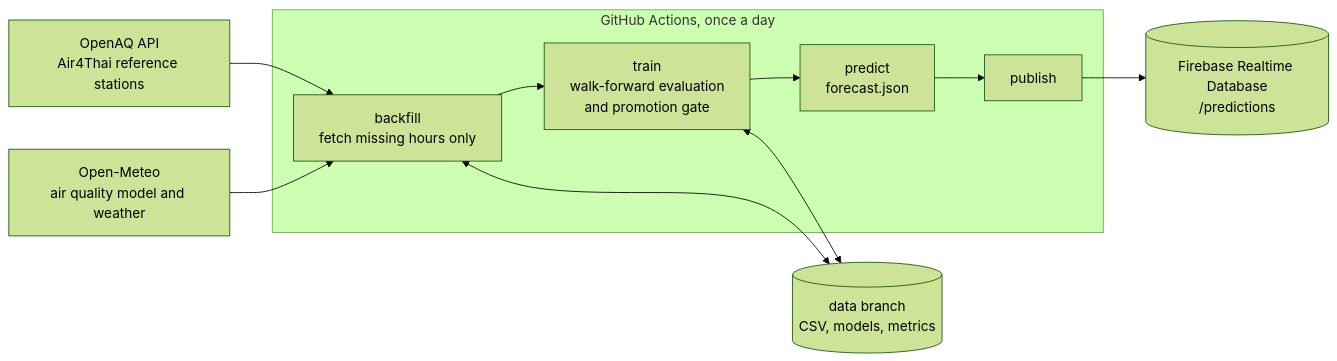
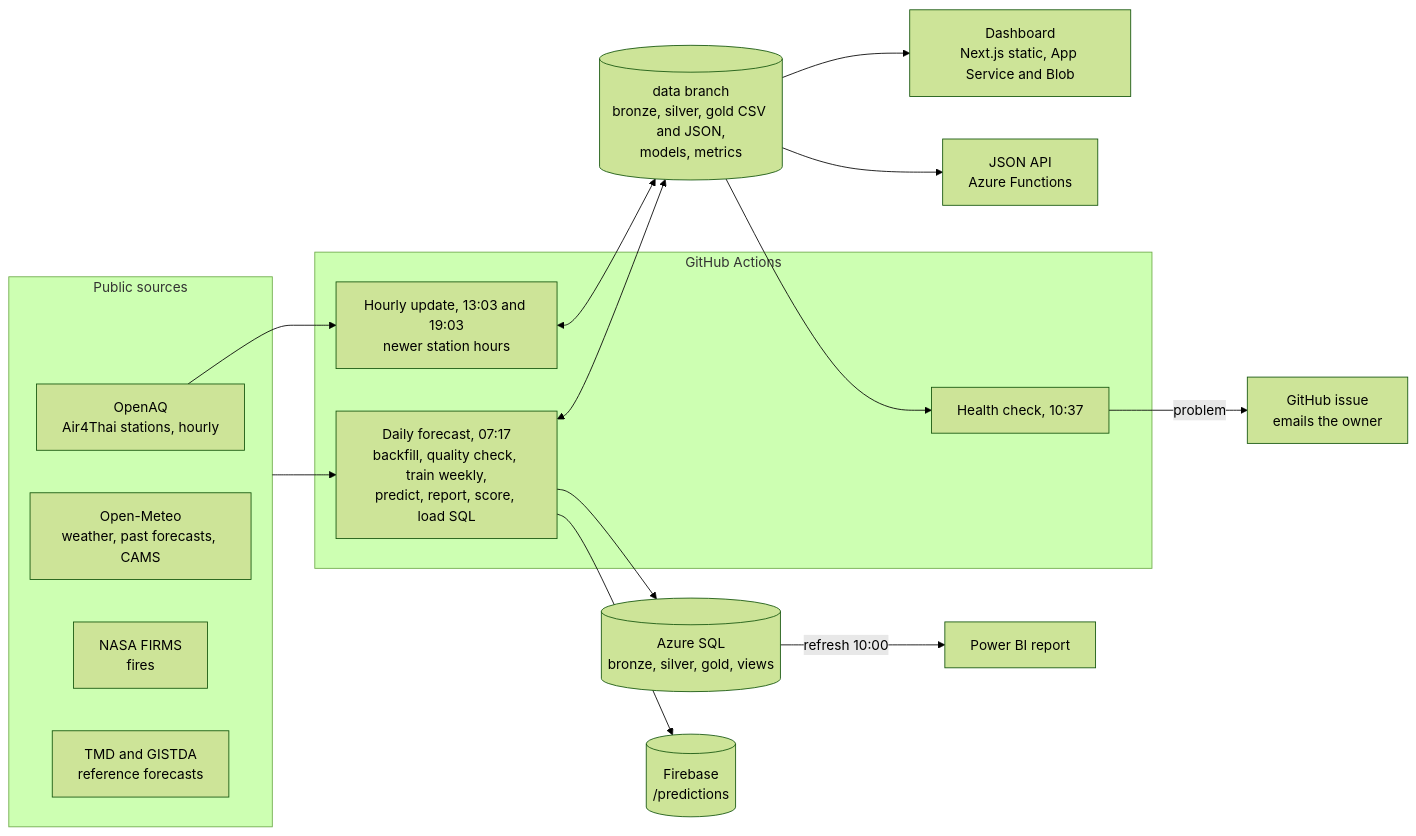
One commit to Putinun-te/Temp_PM25_Predict changed the diagram in README.md. Above: the diagram before and after it, drawn with Mermaid (forest theme). The commit also changed other lines of this file and 1 other file, not shown here.

First line of the commit message:
Document the evening run, new stations, level ranges and results

````diff
--- a/README.md
+++ b/README.md
@@ -9,13 +9,25 @@
 ```mermaid
 flowchart LR
-    OA["OpenAQ API<br/>Air4Thai reference stations"] --> BF
-    OM["Open-Meteo<br/>air quality model and weather"] --> BF
-    subgraph GA["GitHub Actions, once a day"]
-        BF["backfill<br/>fetch missing hours only"] --> TR["train<br/>walk-forward evaluation<br/>and promotion gate"]
-        TR --> PR["predict<br/>forecast.json"]
-        PR --> PB["publish"]
+    subgraph SRC["Public sources"]
+        OA["OpenAQ<br/>Air4Thai stations, hourly"]
+        OM["Open-Meteo<br/>weather, past forecasts, CAMS"]
+        FI["NASA FIRMS<br/>fires"]
+        TM["TMD and GISTDA<br/>reference forecasts"]
     end
-    BF <--> DB[("data branch<br/>CSV, models, metrics")]
-    TR <--> DB
-    PB --> FB[("Firebase Realtime Database<br/>/predictions")]
+    subgraph GA["GitHub Actions"]
+        D["Daily forecast, 07:17<br/>backfill, quality check, train weekly,<br/>predict, report, score, load SQL"]
+        H["Hourly update, 13:03 and 19:03<br/>newer station hours"]
+        HC["Health check, 10:37"]
+    end
+    SRC --> D
+    OA --> H
+    D <--> DB[("data branch<br/>bronze, silver, gold CSV and JSON,<br/>models, metrics")]
+    H <--> DB
+    DB --> HC
+    HC -->|"problem"| IS["GitHub issue<br/>emails the owner"]
+    D --> SQL[("Azure SQL<br/>bronze, silver, gold, views")]
+    SQL -->|"refresh 10:00"| PBI["Power BI report"]
+    DB --> WEB["Dashboard<br/>Next.js static, App Service and Blob"]
+    DB --> API["JSON API<br/>Azure Functions"]
+    D --> FB[("Firebase<br/>/predictions")]
 ```
````
